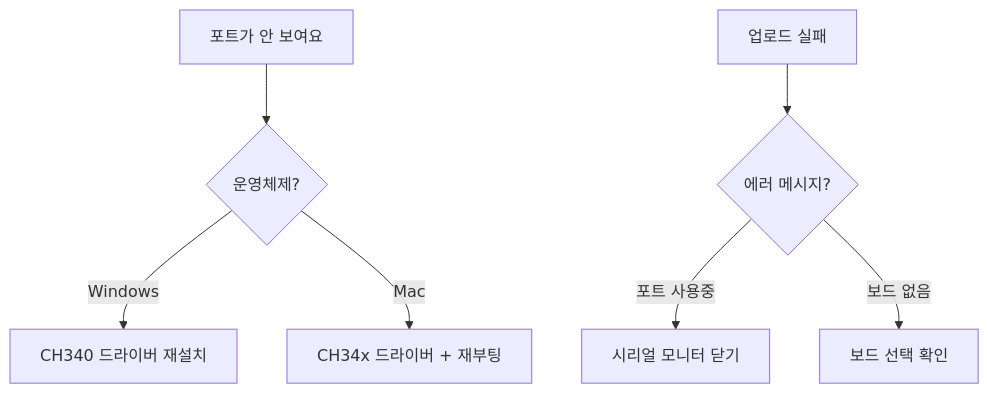
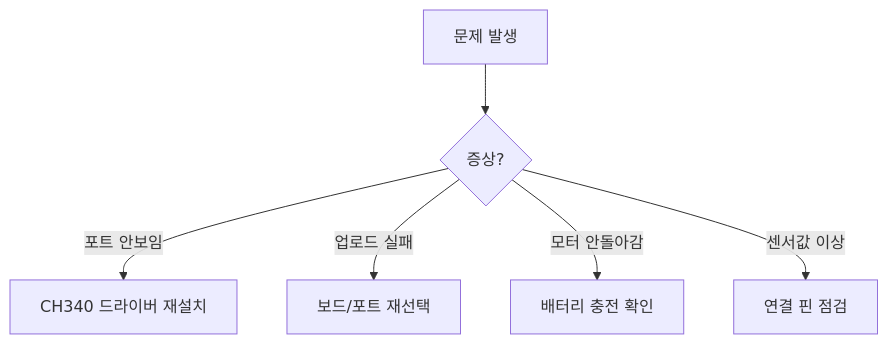
One commit to Collegenie-X/Arduino_AutoPlot changed the third of 3 diagrams in document/instructor_guide.md. Above: the diagram before and after it, drawn with Mermaid. The commit also changed other lines of this file and 3 other files, not shown here.

````diff
--- a/document/instructor_guide.md
+++ b/document/instructor_guide.md
@@ -90,10 +85,8 @@
 ```mermaid
 flowchart TD
-    A[포트가 안 보여요] --> B{운영체제?}
-    B -->|Windows| C[CH340 드라이버 재설치]
-    B -->|Mac| D[CH34x 드라이버 + 재부팅]
-    
-    E[업로드 실패] --> F{에러 메시지?}
-    F -->|포트 사용중| G[시리얼 모니터 닫기]
-    F -->|보드 없음| H[보드 선택 확인]
+    A[문제 발생] --> B{증상?}
+    B -->|포트 안보임| C[CH340 드라이버 재설치]
+    B -->|업로드 실패| D[보드/포트 재선택]
+    B -->|모터 안돌아감| E[배터리 충전 확인]
+    B -->|센서값 이상| F[연결 핀 점검]
 ```
````
